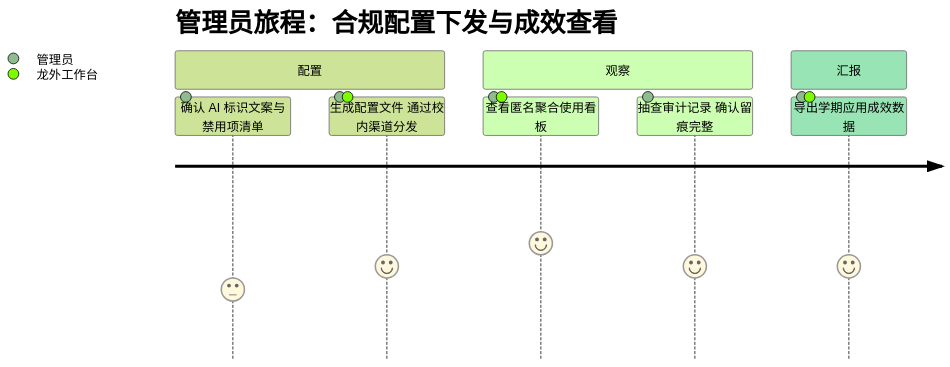
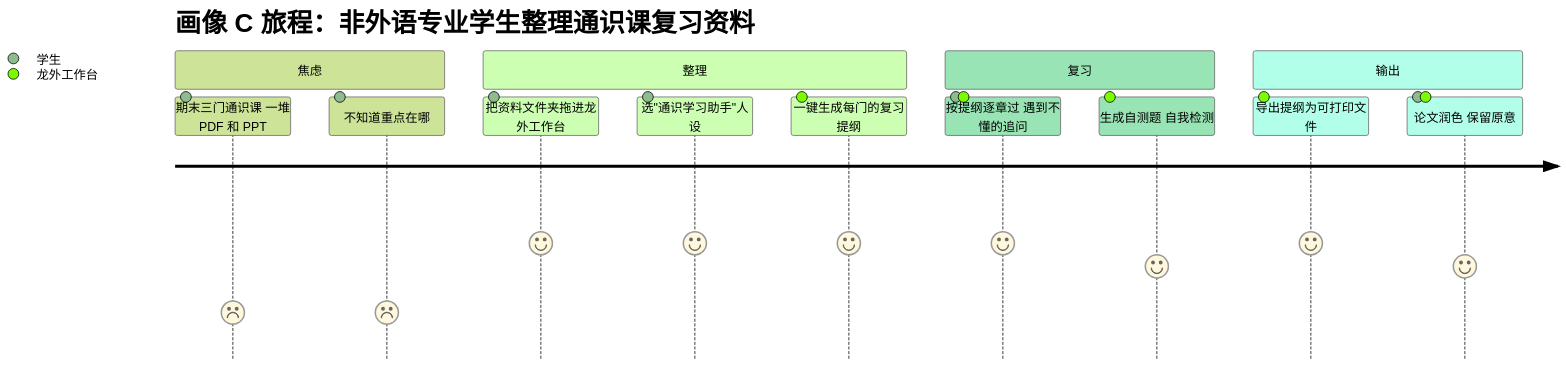
Before and after one commit to light-misty/Stealth-Study: the fifth of 11 diagrams in docs/PRD-龙外工作台.md, drawn with Mermaid (forest theme). The commit also changed other lines of this file and 2 other files, not shown here.

````diff
--- a/docs/PRD-龙外工作台.md
+++ b/docs/PRD-龙外工作台.md
@@ -490,12 +458,17 @@
 ```mermaid
 journey
-    title 管理员旅程：合规配置下发与成效查看
-    section 配置
-      确认 AI 标识文案与禁用项清单: 3: 管理员
-      生成配置文件 通过校内渠道分发: 4: 管理员, 龙外工作台
-    section 观察
-      查看匿名聚合使用看板: 5: 管理员, 龙外工作台
-      抽查审计记录 确认留痕完整: 4: 管理员
-    section 汇报
-      导出学期应用成效数据: 4: 管理员, 龙外工作台
+    title 画像 C 旅程：非外语专业学生整理通识课复习资料
+    section 焦虑
+      期末三门通识课 一堆 PDF 和 PPT: 2: 学生
+      不知道重点在哪: 2: 学生
+    section 整理
+      把资料文件夹拖进龙外工作台: 5: 学生
+      选"通识学习助手"人设: 5: 学生
+      一键生成每门的复习提纲: 5: 龙外工作台
+    section 复习
+      按提纲逐章过 遇到不懂的追问: 5: 学生, 龙外工作台
+      生成自测题 自我检测: 4: 龙外工作台
+    section 输出
+      导出提纲为可打印文件: 5: 龙外工作台
+      论文润色 保留原意: 4: 学生, 龙外工作台
 ```
````
